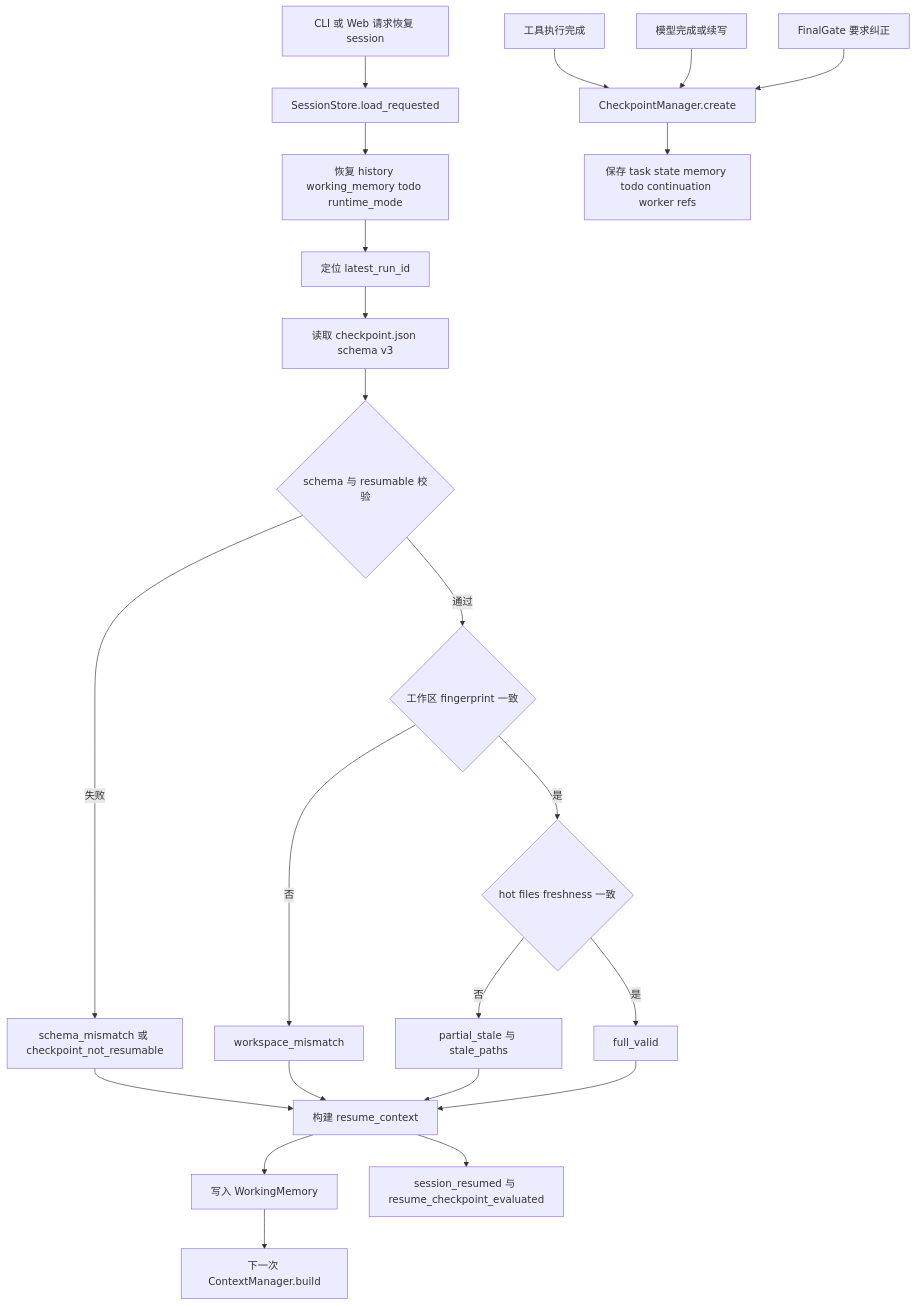
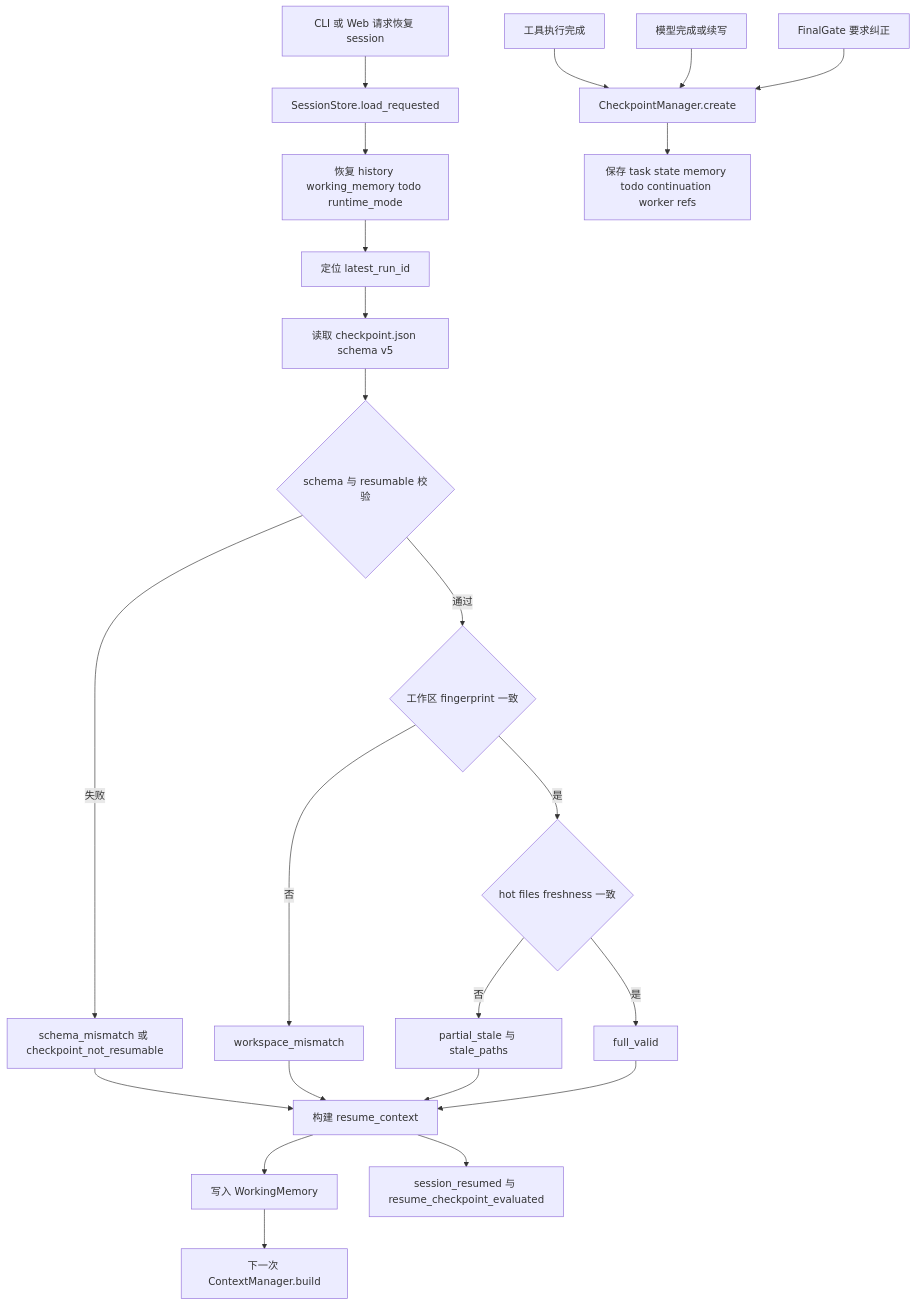
The seventh of 8 diagrams in docs/JCode项目完整链路.md (jjt998/jcode), drawn with Mermaid before and after one commit. The commit also changed other lines of this file and 12 other files, not shown here.

Commit message:
feat: 图谱生成+文档同步

````diff
--- a/docs/JCode项目完整链路.md
+++ b/docs/JCode项目完整链路.md
@@ -259,27 +259,27 @@
 ```mermaid
 flowchart TD
     Resume[CLI 或 Web 请求恢复 session] --> Load[SessionStore.load_requested]
     Load --> Session[恢复 history working_memory todo runtime_mode]
     Session --> Latest[定位 latest_run_id]
-    Latest --> Checkpoint[读取 checkpoint.json schema v3]
+    Latest --> Checkpoint[读取 checkpoint.json schema v5]
     Checkpoint --> Schema{schema 与 resumable 校验}
     Schema -->|失败| Invalid[schema_mismatch 或 checkpoint_not_resumable]
     Schema -->|通过| Fingerprint{工作区 fingerprint 一致}
     Fingerprint -->|否| Mismatch[workspace_mismatch]
     Fingerprint -->|是| Freshness{hot files freshness 一致}
     Freshness -->|否| Partial[partial_stale 与 stale_paths]
     Freshness -->|是| Valid[full_valid]
 
     Invalid --> ResumeContext[构建 resume_context]
     Mismatch --> ResumeContext
     Partial --> ResumeContext
     Valid --> ResumeContext
     ResumeContext --> WM[写入 WorkingMemory]
     ResumeContext --> Events[session_resumed 与 resume_checkpoint_evaluated]
     WM --> NextRun[下一次 ContextManager.build]
 
     ToolDone[工具执行完成] --> Create[CheckpointManager.create]
     ModelDone[模型完成或续写] --> Create
     GateRerun[FinalGate 要求纠正] --> Create
     Create --> Saved[保存 task state memory todo continuation worker refs]
 ```
````
